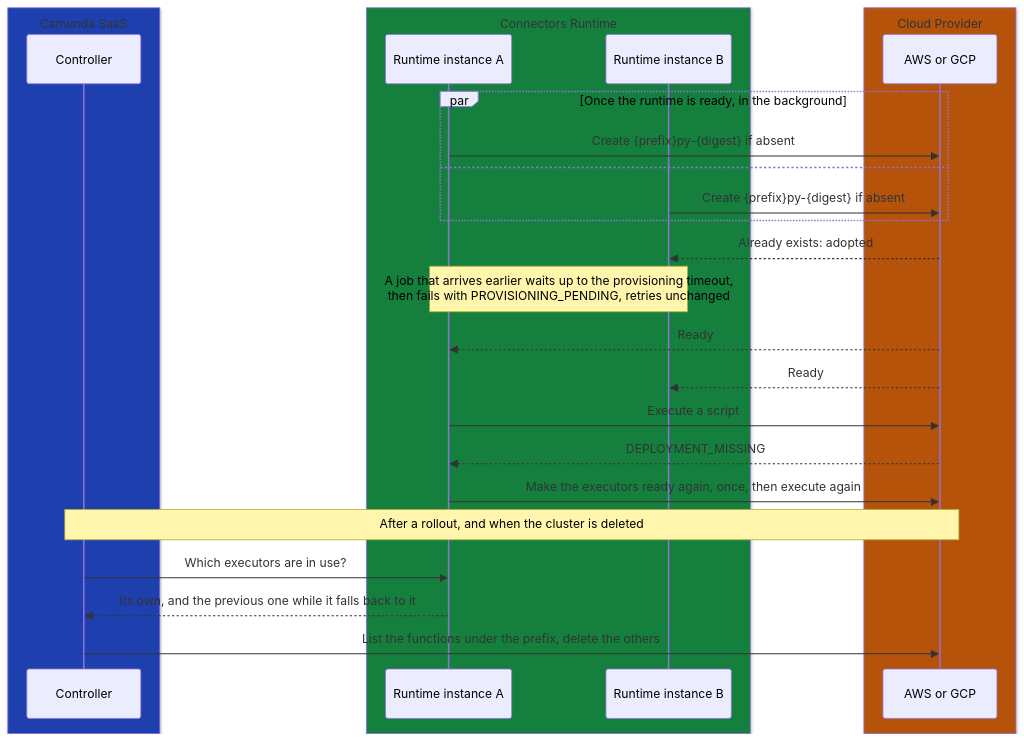
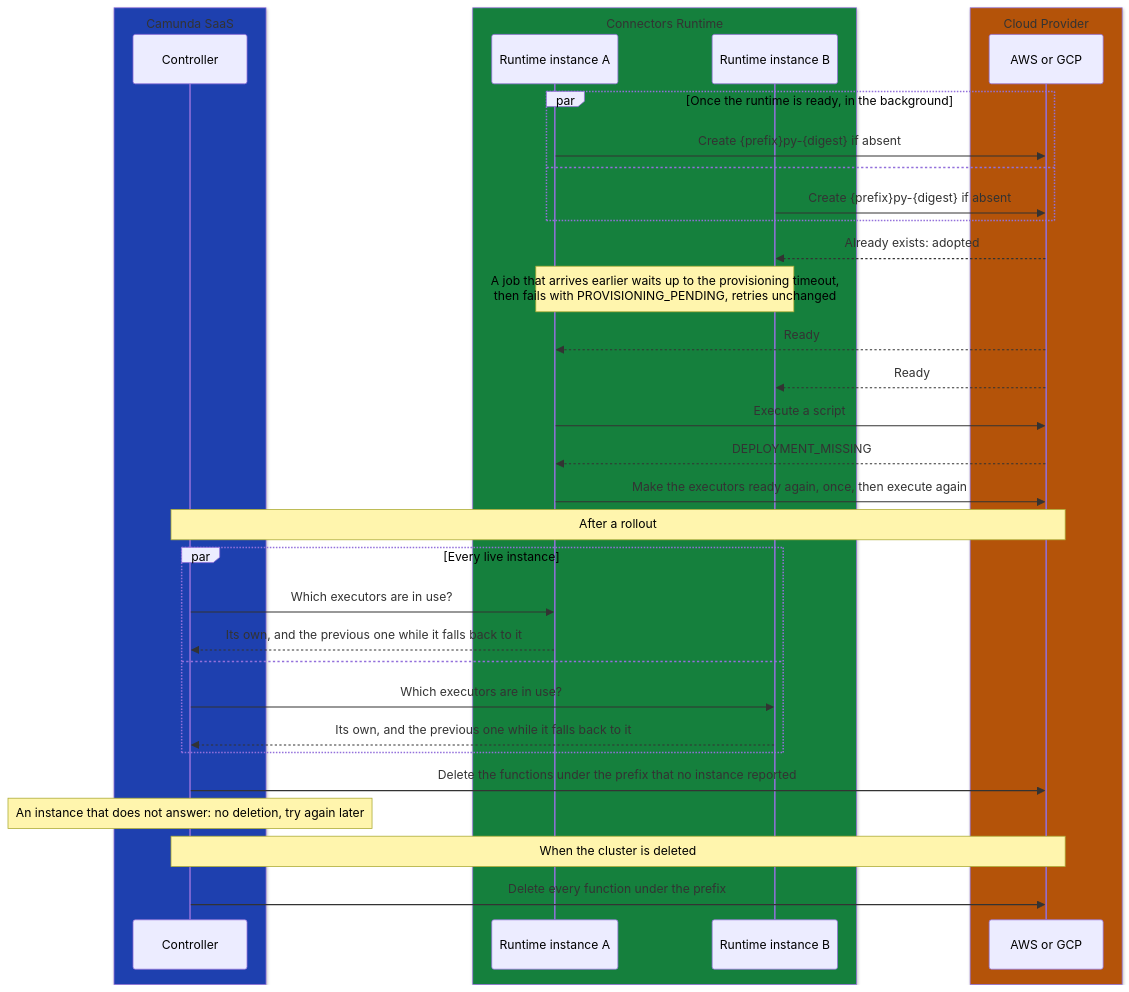
The second of 2 diagrams in docs/adr/ADR-0008-managed-script-generic-executor.md (camunda/connectors), drawn with Mermaid before and after one commit. The commit also changed other lines of this file, not shown here.

Commit message:
docs: delete only executors that no runtime instance uses
Instances of one release can be in different states, so Controller asks
every live instance and defers the cleanup when one does not answer.

````diff
--- a/docs/adr/ADR-0008-managed-script-generic-executor.md
+++ b/docs/adr/ADR-0008-managed-script-generic-executor.md
@@ -183,30 +184,38 @@
 ```mermaid
 sequenceDiagram
   box rgb(30, 64, 175) Camunda SaaS
     participant Controller
   end
   box rgb(21, 128, 61) Connectors Runtime
     participant A as Runtime instance A
     participant B as Runtime instance B
   end
   box rgb(180, 83, 9) Cloud Provider
     participant Provider as AWS or GCP
   end
 
   par Once the runtime is ready, in the background
     A->>Provider: Create {prefix}py-{digest} if absent
   and
     B->>Provider: Create {prefix}py-{digest} if absent
   end
   Provider-->>B: Already exists: adopted
   Note over A,B: A job that arrives earlier waits up to the provisioning timeout,<br/>then fails with PROVISIONING_PENDING, retries unchanged
   Provider-->>A: Ready
   Provider-->>B: Ready
   A->>Provider: Execute a script
   Provider-->>A: DEPLOYMENT_MISSING
   A->>Provider: Make the executors ready again, once, then execute again
-  Note over Controller,Provider: After a rollout, and when the cluster is deleted
-  Controller->>A: Which executors are in use?
-  A-->>Controller: Its own, and the previous one while it falls back to it
-  Controller->>Provider: List the functions under the prefix, delete the others
+  Note over Controller,Provider: After a rollout
+  par Every live instance
+    Controller->>A: Which executors are in use?
+    A-->>Controller: Its own, and the previous one while it falls back to it
+  and
+    Controller->>B: Which executors are in use?
+    B-->>Controller: Its own, and the previous one while it falls back to it
+  end
+  Controller->>Provider: Delete the functions under the prefix that no instance reported
+  Note over Controller: An instance that does not answer: no deletion, try again later
+  Note over Controller,Provider: When the cluster is deleted
+  Controller->>Provider: Delete every function under the prefix
 ```
````
